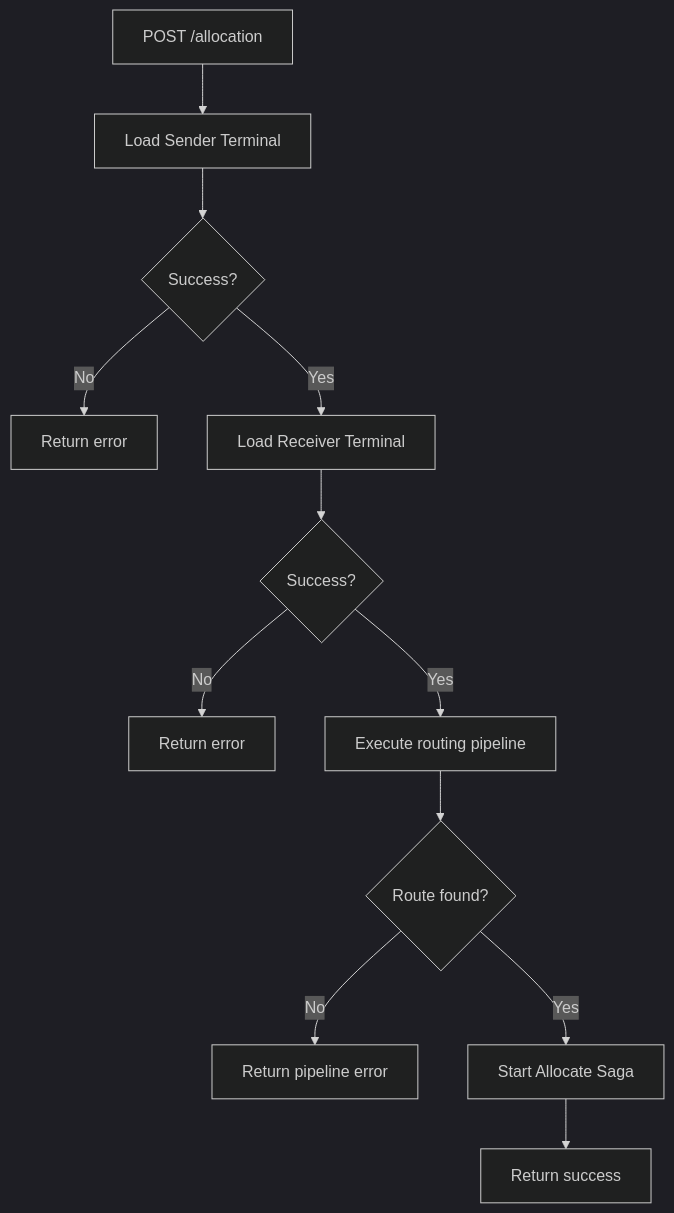
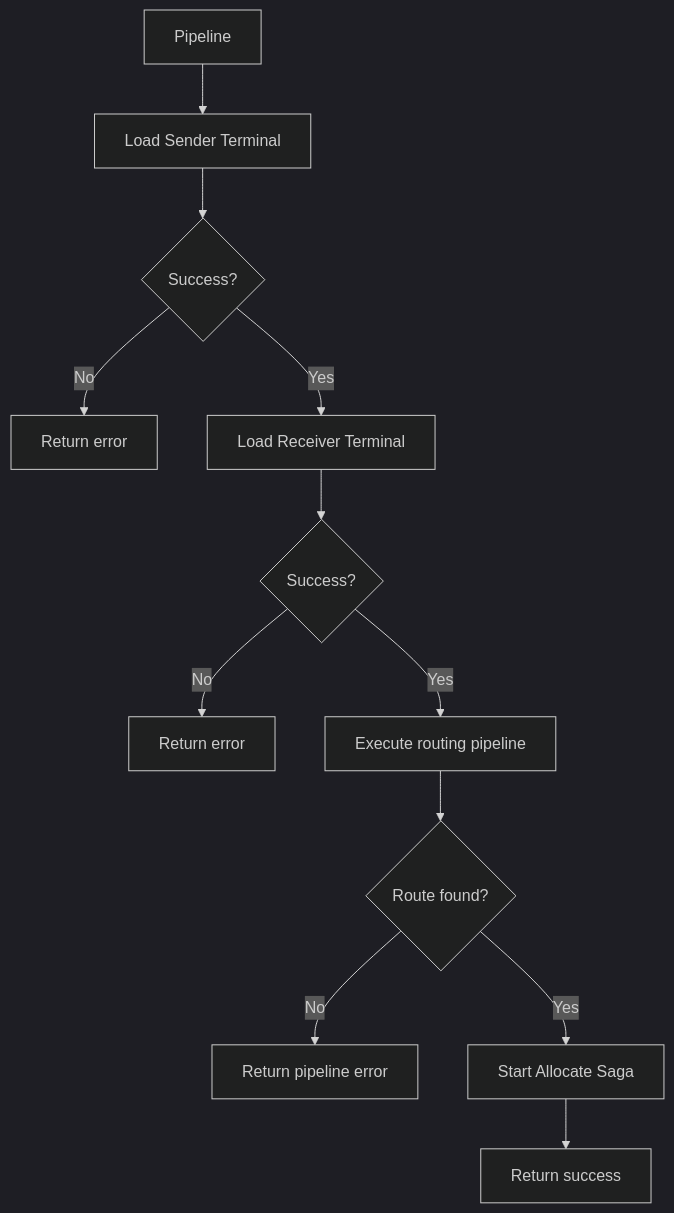
The second of 6 diagrams in src/RoutingService/README.md (MikkelRLarsen/TheParcelApplication), drawn with Mermaid (dark theme) before and after one commit. The commit also changed other lines of this file, not shown here.

Commit message:
Added flow example

````diff
--- a/src/RoutingService/README.md
+++ b/src/RoutingService/README.md
@@ -66,20 +66,20 @@
 ```mermaid
 flowchart TD
-    A[POST /allocation] --> B[Load Sender Terminal]
+    A[Pipeline] --> B[Load Sender Terminal]
 
     B --> C{Success?}
     C -- No --> C1[Return error]
 
     C -- Yes --> D[Load Receiver Terminal]
 
     D --> E{Success?}
     E -- No --> E1[Return error]
 
     E -- Yes --> F[Execute routing pipeline]
 
     F --> G{Route found?}
     G -- No --> G1[Return pipeline error]
 
     G -- Yes --> H[Start Allocate Saga]
     H --> I[Return success]
 ```
````
